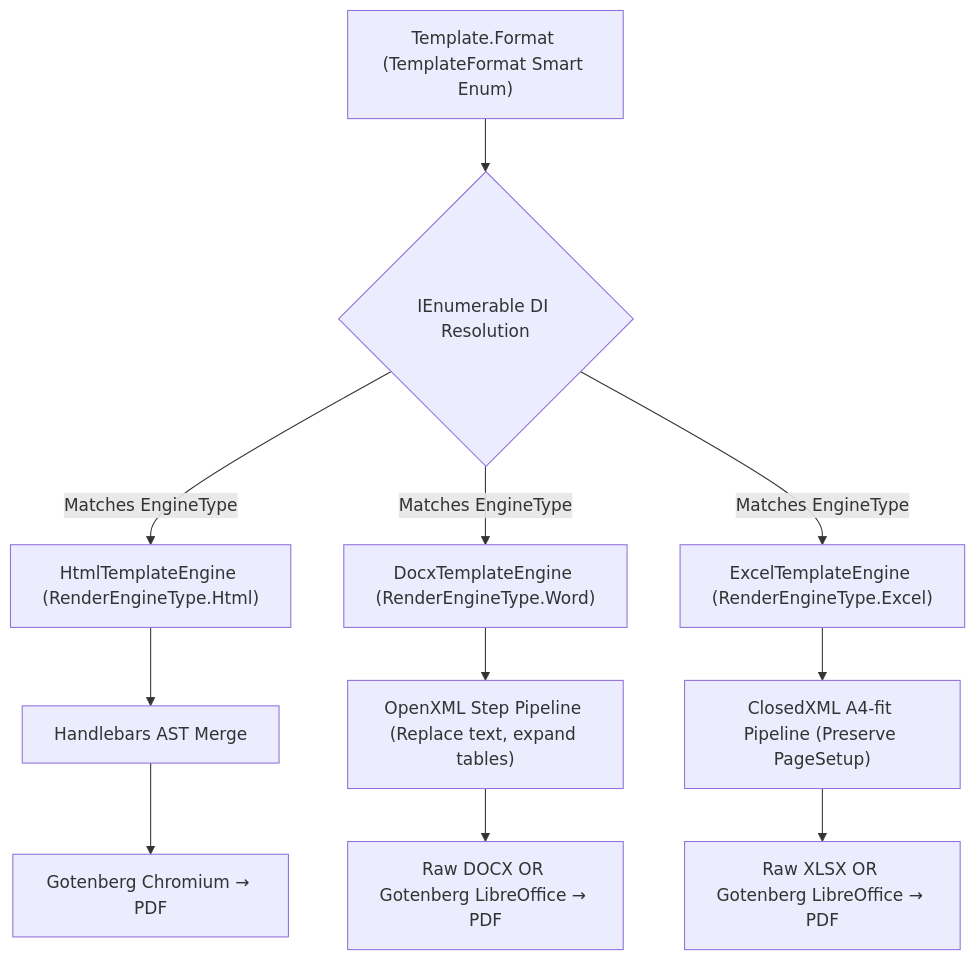
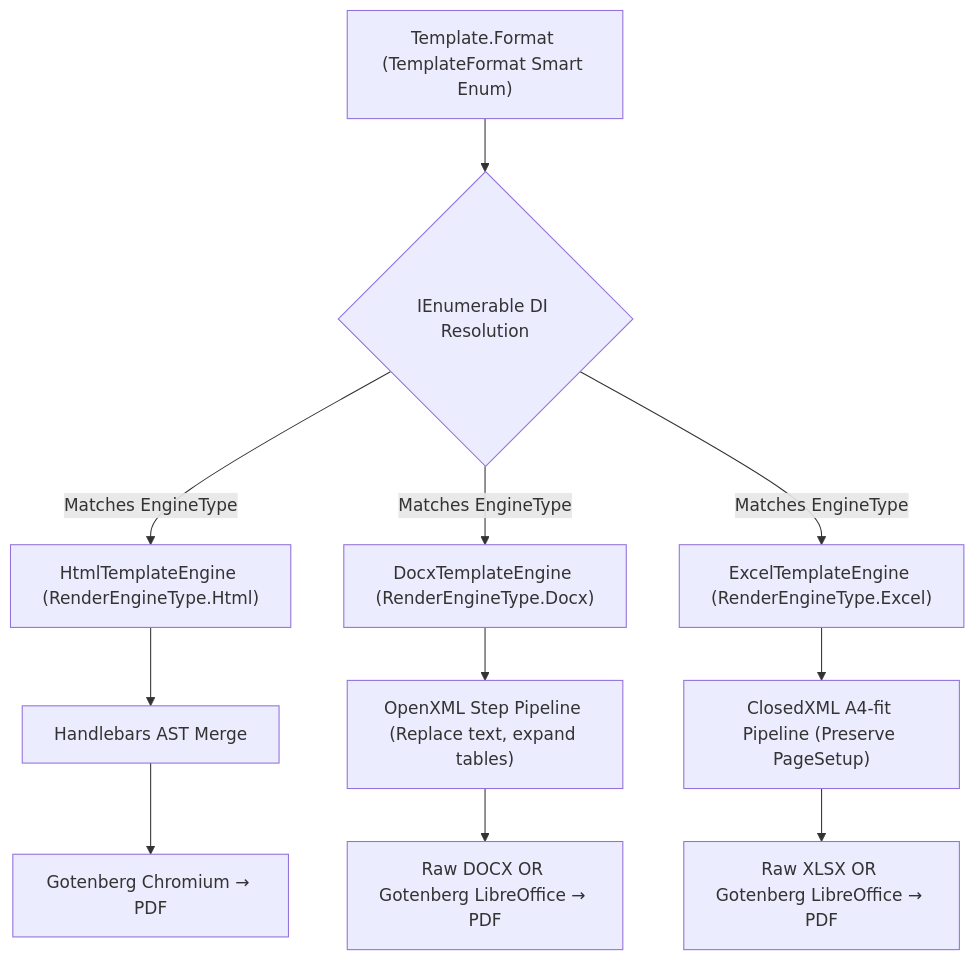
Before and after one commit to suang05/doc_template: the fourth of 5 diagrams in docs/AI/ARCHITECTURE.md, drawn with Mermaid. The commit also changed 3 other files, not shown here.

Commit message:
add AI architecture, database schema, template engine, and API contract documentation

````diff
--- a/docs/AI/ARCHITECTURE.md
+++ b/docs/AI/ARCHITECTURE.md
@@ -284,23 +284,23 @@
 ```mermaid
 graph TD
     TemplateFormat["Template.Format (TemplateFormat Smart Enum)"]
     StrategyRouter{"IEnumerable<IRenderEngine> DI Resolution"}
 
     HtmlEngine["HtmlTemplateEngine (RenderEngineType.Html)"]
-    WordEngine["DocxTemplateEngine (RenderEngineType.Word)"]
+    WordEngine["DocxTemplateEngine (RenderEngineType.Docx)"]
     ExcelEngine["ExcelTemplateEngine (RenderEngineType.Excel)"]
 
     TemplateFormat --> StrategyRouter
     StrategyRouter -->|Matches EngineType| HtmlEngine
     StrategyRouter -->|Matches EngineType| WordEngine
     StrategyRouter -->|Matches EngineType| ExcelEngine
 
     HtmlEngine --> HandlebarsMerge["Handlebars AST Merge"]
     HandlebarsMerge --> GotenbergChromium["Gotenberg Chromium → PDF"]
 
     WordEngine --> OpenXmlDOM["OpenXML Step Pipeline (Replace text, expand tables)"]
     OpenXmlDOM --> WordOutput["Raw DOCX OR Gotenberg LibreOffice → PDF"]
 
     ExcelEngine --> ClosedXmlDOM["ClosedXML A4-fit Pipeline (Preserve PageSetup)"]
     ClosedXmlDOM --> ExcelOutput["Raw XLSX OR Gotenberg LibreOffice → PDF"]
 ```
````
